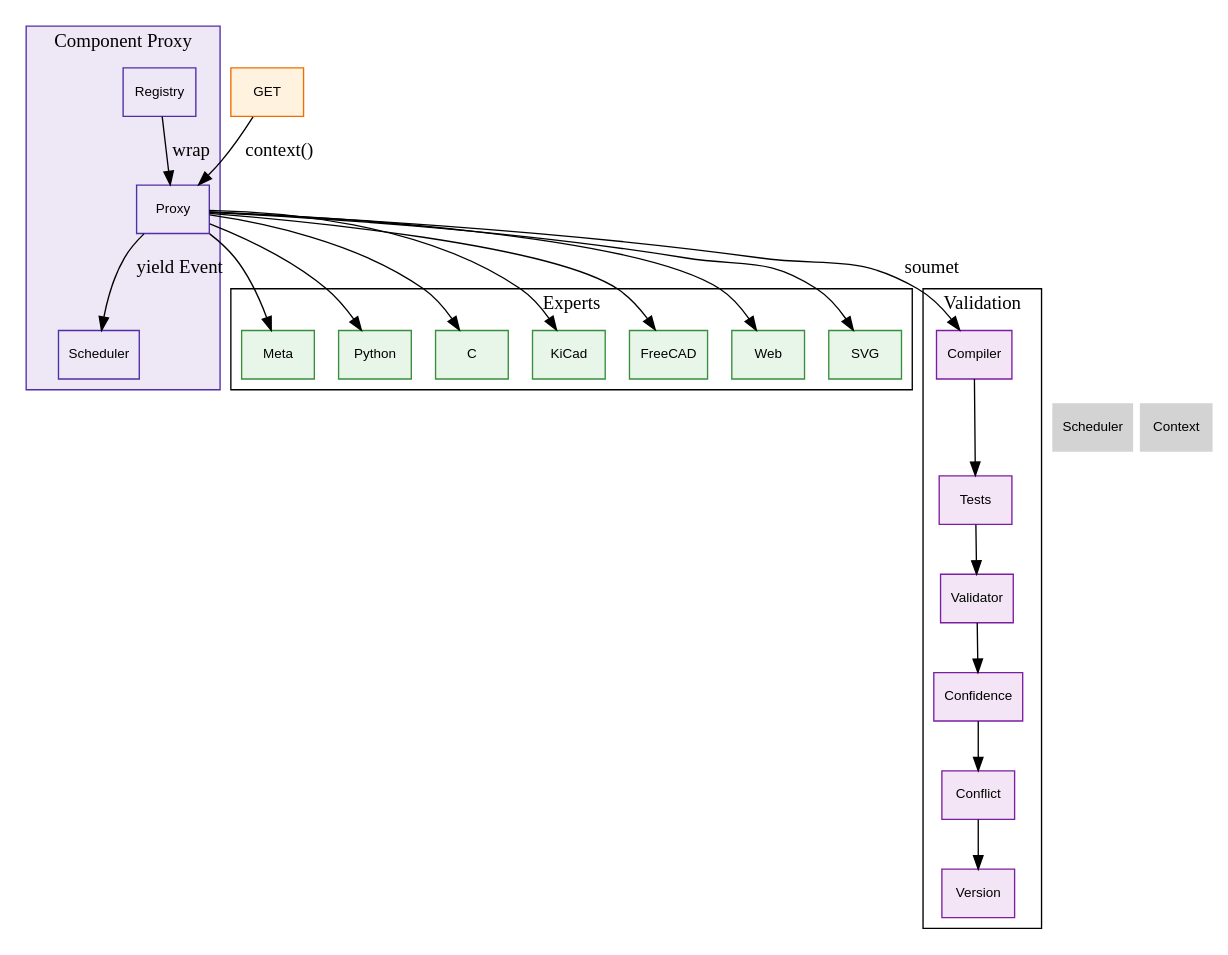
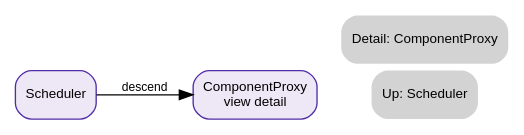
Before and after one commit to newicody/autodoc: the diagram in doc/docs/architecture/scheduler/14_component_proxy.dot, drawn with Graphviz. The commit also changed 23 other files, not shown here.

```diff
--- a/doc/docs/architecture/scheduler/14_component_proxy.dot
+++ b/doc/docs/architecture/scheduler/14_component_proxy.dot
@@ -1,61 +1,20 @@
-digraph ComponentProxy {
-    rankdir=TB;
-    node [shape=box, style=filled, fontname="Arial", fontsize=10];
+digraph ComponentProxyLegacy {
+    // ROADMAP_ID: scheduler.component_proxy.legacy
+    // ROADMAP_NOTE[phase2_4c]:
+    // Ancienne entrée plate conservée comme redirection lisible. Le détail réel
+    // de ComponentProxy vit dans scheduler/component_proxy/14_component_proxy.dot.
 
-    subgraph cluster_proxy {
-        label="Component Proxy";
-        color="#512da8"; bgcolor="#ede7f6";
-        node [fillcolor="#ede7f6", color="#512da8"];
-        Registry [URL="../10_scheduler.svg"];
-        Proxy [URL="../10_scheduler.svg"];
-        Scheduler [URL="../10_scheduler.svg"];
-    }
+    rankdir=LR;
+    node [shape=box, style="rounded,filled", fontname="Arial", fontsize=10];
+    edge [fontname="Arial", fontsize=9];
 
-    subgraph cluster_experts {
-        label="Experts";
-        node [fillcolor="#e8f5e9", color="#388e3c"];
-        Meta   [URL="../../experts/40_experts.svg"];
-        Python [URL="../../experts/40_experts.svg"];
-        C      [URL="../../experts/40_experts.svg"];
-        KiCad  [URL="../../experts/40_experts.svg"];
-        FreeCAD[URL="../../experts/40_experts.svg"];
-        Web    [URL="../../experts/40_experts.svg"];
-        SVG    [URL="../../experts/40_experts.svg"];
-    }
+    Scheduler [fillcolor="#ede7f6", color="#512da8", URL="10_scheduler.svg"];
+    ComponentProxyDetail [label="ComponentProxy\nview detail", fillcolor="#ede7f6", color="#512da8", URL="component_proxy/14_component_proxy.svg"];
 
-    subgraph cluster_validation {
-        label="Validation";
-        node [fillcolor="#f3e5f5", color="#7b1fa2"];
-        Compiler [URL="../../validation/50_validation.svg"];
-        Tests    [URL="../../validation/50_validation.svg"];
-        Validator[URL="../../validation/50_validation.svg"];
-        Confidence[URL="../../validation/50_validation.svg"];
-        Conflict [URL="../../validation/50_validation.svg"];
-        Version  [URL="../../validation/50_validation.svg"];
-    }
+    Scheduler -> ComponentProxyDetail [label="descend"];
 
-    GET [fillcolor="#fff3e0", color="#ef6c00", URL="../../context/20_context.svg"];
+    Nav_Scheduler [label="Up: Scheduler", shape=plaintext, URL="10_scheduler.svg"];
+    Nav_Detail [label="Detail: ComponentProxy", shape=plaintext, URL="component_proxy/14_component_proxy.svg"];
 
-    // Edges
-    Registry -> Proxy [label="wrap"];           // Registry wrap
-    Proxy -> Scheduler [label="yield Event"];   // Proxy → Scheduler
-    Proxy -> Meta;      // Délégation
-    Proxy -> Python;
-    Proxy -> C;
-    Proxy -> KiCad;
-    Proxy -> FreeCAD;
-    Proxy -> Web;
-    Proxy -> SVG;
-    Proxy -> Compiler [label="soumet"];         // Soumission validation
-    Compiler -> Tests;
-    Tests -> Validator;
-    Validator -> Confidence;
-    Confidence -> Conflict;
-    Conflict -> Version;
-    GET -> Proxy [label="context()"];           // Contexte
-
-    // Navigation
-    Nav_Scheduler [label="Scheduler", shape=plaintext, URL="../10_scheduler.svg"];
-    Nav_Context [label="Context", shape=plaintext, URL="../../context/20_context.svg"];
-    { rank=sink; Nav_Scheduler; Nav_Context; }
+    { rank=sink; Nav_Scheduler; Nav_Detail; }
 }
```
